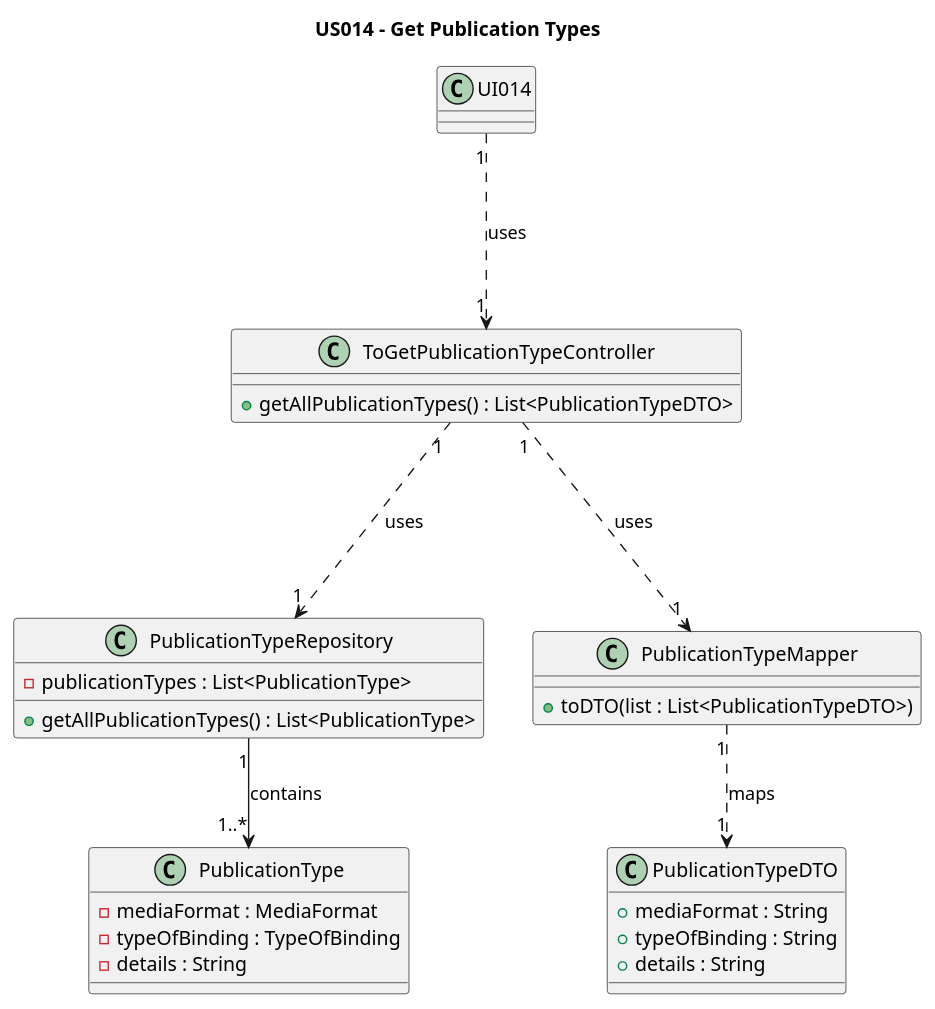
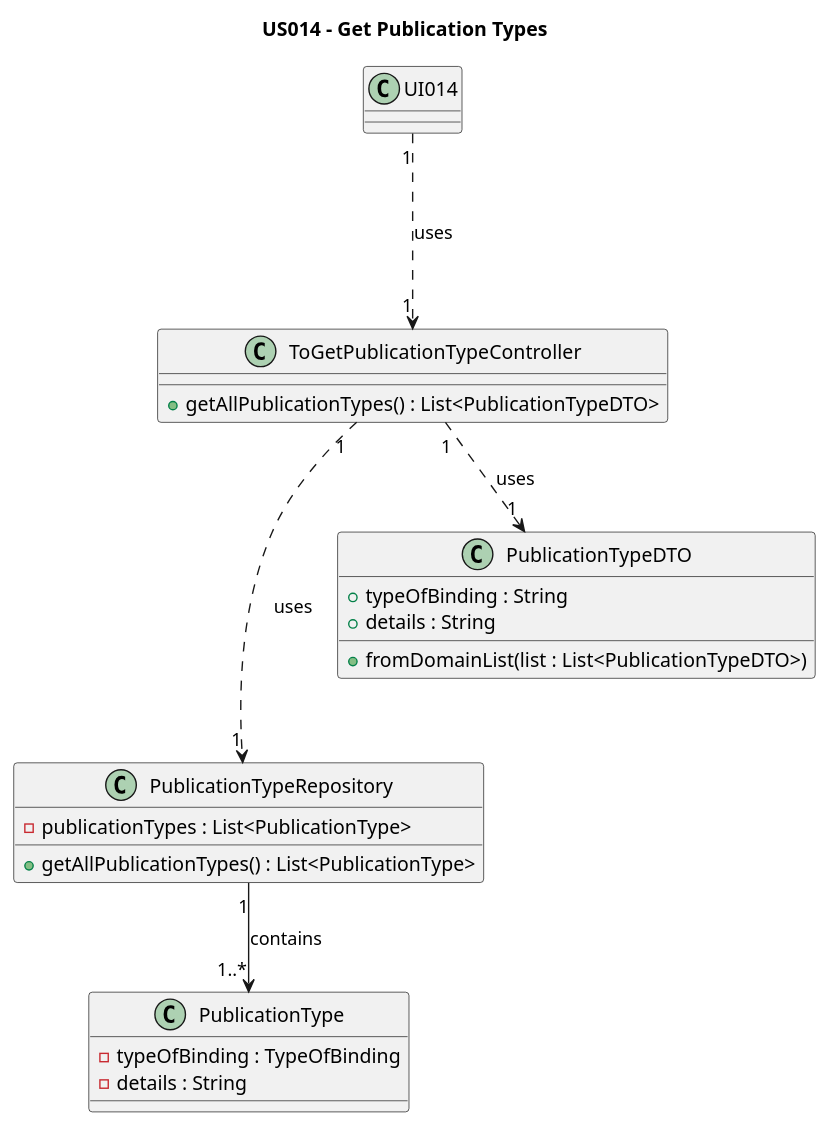
Before and after one commit to AndrePereiraGitH/SWitCH-Project-Team_A: the diagram in Diagrams/ClassDiagrams/US014-to-get-publitaction-type-list.puml, drawn with PlantUML. The commit also changed 1 other file, not shown here.

Commit message:
Close #111 #110, Improving diagrams

```diff
--- a/Diagrams/ClassDiagrams/US014-to-get-publitaction-type-list.puml
+++ b/Diagrams/ClassDiagrams/US014-to-get-publitaction-type-list.puml
@@ -1,36 +1,31 @@
 @startuml
 title US014 - Get Publication Types
 
 class UI014{}
 
 class ToGetPublicationTypeController {
     +getAllPublicationTypes() : List<PublicationTypeDTO>
 }
 
 class PublicationTypeRepository {
     -publicationTypes : List<PublicationType>
     +getAllPublicationTypes() : List<PublicationType>
 }
 
-class PublicationTypeMapper {
-    +toDTO(list : List<PublicationTypeDTO>)
-}
-
 class PublicationTypeDTO {
-    +mediaFormat : String
     +typeOfBinding : String
     +details : String
+
+    +fromDomainList(list : List<PublicationTypeDTO>)
 }
 
 class PublicationType {
-    -mediaFormat : MediaFormat
     -typeOfBinding : TypeOfBinding
     -details : String
 }
 
 UI014 "1" -.-> "1" ToGetPublicationTypeController : uses
 ToGetPublicationTypeController "1" -.-> "1" PublicationTypeRepository : uses
-ToGetPublicationTypeController "1" -.-> "1" PublicationTypeMapper : uses
-PublicationTypeMapper "1" -.> "1" PublicationTypeDTO : maps
+ToGetPublicationTypeController "1" -.> "1" PublicationTypeDTO : uses
 PublicationTypeRepository "1" --> "1..*" PublicationType : contains
 @enduml
```
